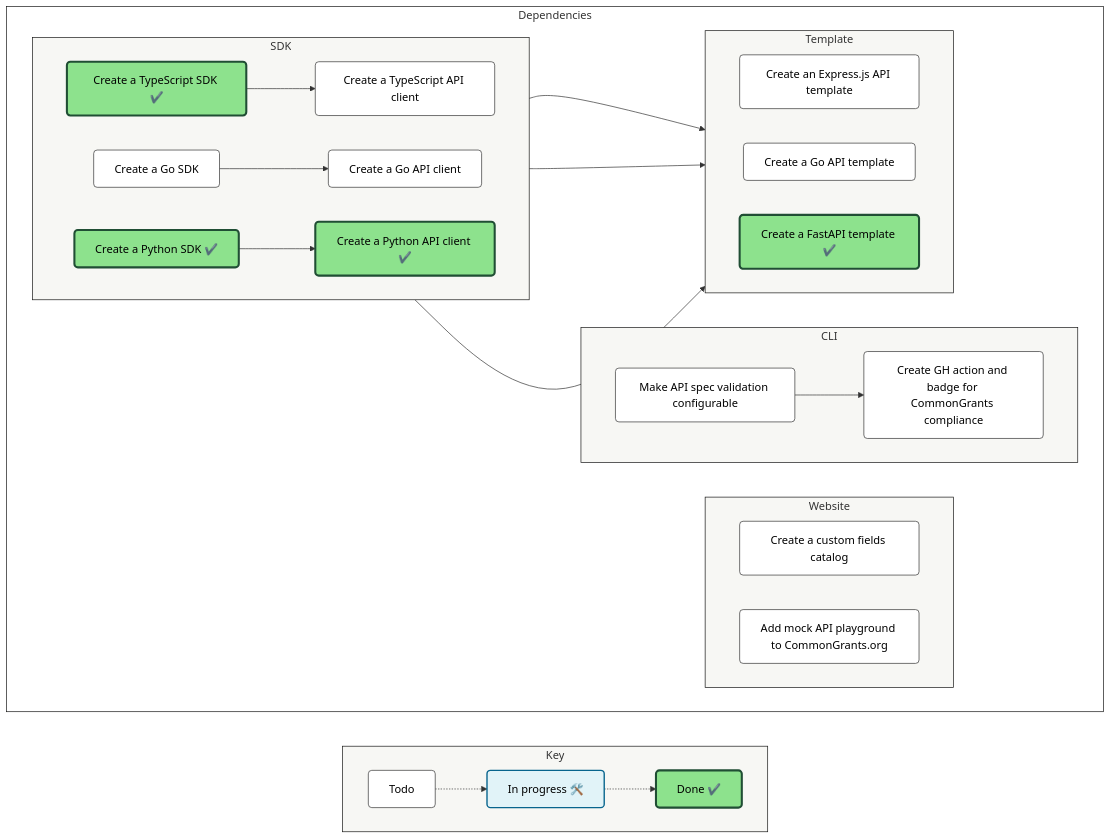
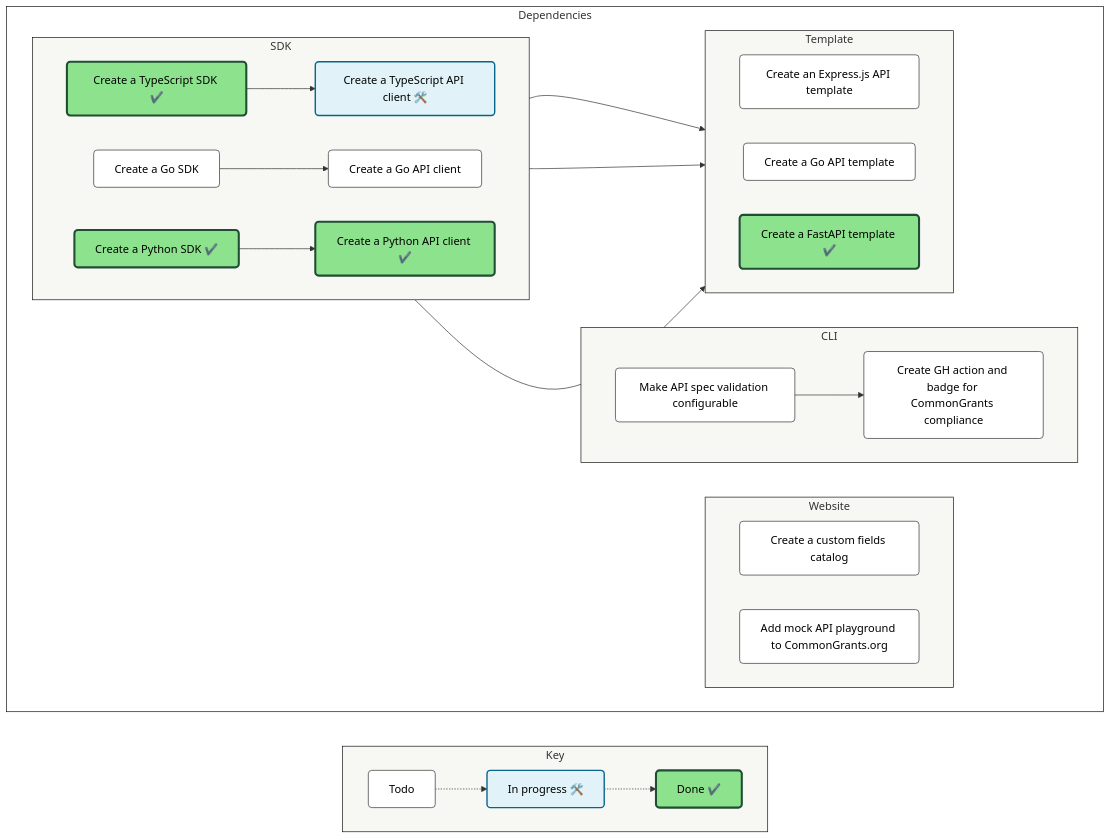
The diagram in README.md (HHS/simpler-grants-protocol), drawn with Mermaid before and after one commit. The commit also changed 1 other file, not shown here.

Commit message:
[Issue #440] Bump patch version to fix release/tags mismatch (#444)
* Bumping patch version to fix release/tags mismatch

* docs: Update README with dependency diagram

---------

````diff
--- a/README.md
+++ b/README.md
@@ -43,83 +43,83 @@
 ```mermaid
 
 flowchart LR
 
   %% ─────────────────────────────
   %% Styles
   %% ─────────────────────────────
   classDef default fill:#fff,stroke:#333,stroke-width:1px,color:#000,rx:5,ry:5
   classDef InProgress fill:#e1f3f8,stroke:#07648d,stroke-width:2px,color:#000
   classDef Done fill:#8DE28D,stroke:#204e34,stroke-width:3px,color:#000
   style Canvas fill:transparent,stroke:#171716
   style Legend fill:#F7F7F4,stroke:#171716
   style sdk fill:#F7F7F4,stroke:#171716
   style website fill:#F7F7F4,stroke:#171716
   style cli fill:#F7F7F4,stroke:#171716
   style template fill:#F7F7F4,stroke:#171716
 
   %% ─────────────────────────────
   %% Legend
   %% ─────────────────────────────
   subgraph Legend["Key"]
     direction LR
     k1["Todo"]
     k2["In progress 🛠️ "]:::InProgress
     k3["Done ✔️"]:::Done
 
     k1 -.-> k2 -.-> k3
   end
 
   %% ─────────────────────────────
   %% Main canvas
   %% ─────────────────────────────
   subgraph Canvas["Dependencies"]
     direction LR
 
 
     subgraph sdk["SDK"]
     direction LR
         HHS/simpler-grants-protocol#321["Create a TypeScript SDK ✔️"]:::Done
         HHS/simpler-grants-protocol#323["Create a Go SDK"]
         HHS/simpler-grants-protocol#324["Create a Python API client ✔️"]:::Done
-        HHS/simpler-grants-protocol#328["Create a TypeScript API client"]
+        HHS/simpler-grants-protocol#328["Create a TypeScript API client 🛠️"]:::InProgress
         HHS/simpler-grants-protocol#329["Create a Go API client"]
         HHS/simpler-grants-protocol#342["Create a Python SDK ✔️"]:::Done
     end
 
 
     subgraph website["Website"]
     direction LR
         HHS/simpler-grants-protocol#330["Create a custom fields catalog"]
         HHS/simpler-grants-protocol#334["Add mock API playground to CommonGrants.org"]
     end
 
 
     subgraph cli["CLI"]
     direction LR
         HHS/simpler-grants-protocol#331["Make API spec validation configurable"]
         HHS/simpler-grants-protocol#335["Create GH action and badge for CommonGrants compliance"]
     end
 
 
     subgraph template["Template"]
     direction LR
         HHS/simpler-grants-protocol#332["Create an Express.js API template"]
         HHS/simpler-grants-protocol#333["Create a Go API template"]
         HHS/simpler-grants-protocol#343["Create a FastAPI template ✔️"]:::Done
     end
 
 
     %% ─────────────────────────────
     %% Relationships
     %% ─────────────────────────────
     HHS/simpler-grants-protocol#321 --> HHS/simpler-grants-protocol#332
     HHS/simpler-grants-protocol#321 --> HHS/simpler-grants-protocol#328
     HHS/simpler-grants-protocol#323 --> HHS/simpler-grants-protocol#333
     HHS/simpler-grants-protocol#323 --> HHS/simpler-grants-protocol#329
     HHS/simpler-grants-protocol#331 --> HHS/simpler-grants-protocol#335
     HHS/simpler-grants-protocol#342 --> HHS/simpler-grants-protocol#343
     HHS/simpler-grants-protocol#342 --> HHS/simpler-grants-protocol#324
 
   end
 
 ```
````
